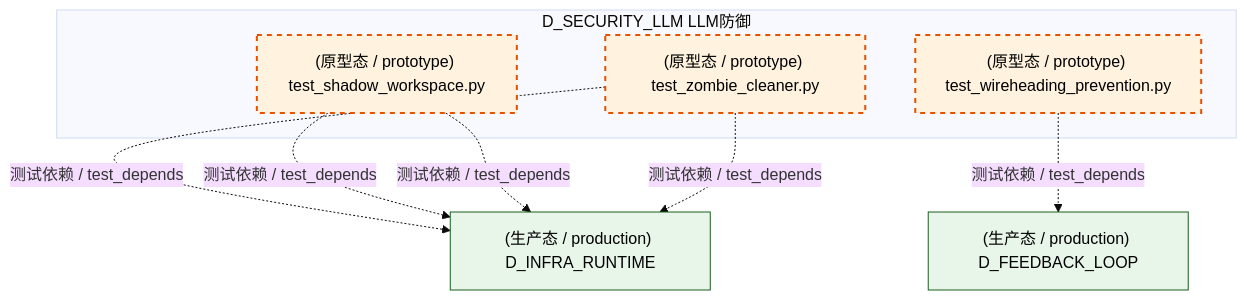
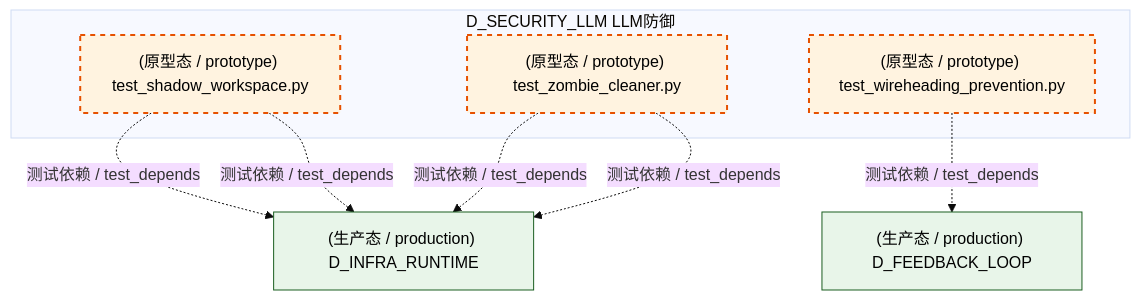
Before and after one commit to xuanFelixVan/ZephyrAlpha: the third of 6 diagrams in docs/02_enterprise_architecture/02_domain_architecture_docs/25_d_security_llm.md, drawn with Mermaid (base theme). The commit also changed other lines of this file and 126 other files, not shown here.

````diff
--- a/docs/02_enterprise_architecture/02_domain_architecture_docs/25_d_security_llm.md
+++ b/docs/02_enterprise_architecture/02_domain_architecture_docs/25_d_security_llm.md
@@ -273,21 +282,21 @@
 ```mermaid
 graph TD
     subgraph D_SECURITY_LLM["D_SECURITY_LLM LLM防御"]
         tests_llm_security_test_shadow_workspace_py["(原型态 / prototype) test_shadow_workspace.py"]
         tests_llm_security_test_wireheading_prevention_py["(原型态 / prototype) test_wireheading_prevention.py"]
         tests_llm_security_test_zombie_cleaner_py["(原型态 / prototype) test_zombie_cleaner.py"]
     end
     D_FEEDBACK_LOOP["(生产态 / production) D_FEEDBACK_LOOP"]
     tests_llm_security_test_wireheading_prevention_py -.->|测试依赖 / test_depends| D_FEEDBACK_LOOP
     D_INFRA_RUNTIME["(生产态 / production) D_INFRA_RUNTIME"]
-    tests_llm_security_test_zombie_cleaner_py -.->|测试依赖 / test_depends| D_INFRA_RUNTIME
     tests_llm_security_test_shadow_workspace_py -.->|测试依赖 / test_depends| D_INFRA_RUNTIME
     tests_llm_security_test_shadow_workspace_py -.->|测试依赖 / test_depends| D_INFRA_RUNTIME
+    tests_llm_security_test_zombie_cleaner_py -.->|测试依赖 / test_depends| D_INFRA_RUNTIME
     tests_llm_security_test_zombie_cleaner_py -.->|测试依赖 / test_depends| D_INFRA_RUNTIME
     classDef production fill:#e1f5fe,stroke:#01579b,stroke-width:2px,color:#000
     classDef design fill:#fff3e0,stroke:#e65100,stroke-width:2px,color:#000,stroke-dasharray: 5 5
     classDef external_prod fill:#e8f5e9,stroke:#1b5e20,stroke-width:1px,color:#000
     classDef external_design fill:#fce4ec,stroke:#880e4f,stroke-width:1px,color:#000,stroke-dasharray: 5 5
     class tests_llm_security_test_shadow_workspace_py,tests_llm_security_test_wireheading_prevention_py,tests_llm_security_test_zombie_cleaner_py design
     class D_FEEDBACK_LOOP,D_INFRA_RUNTIME external_prod
 ```
````
